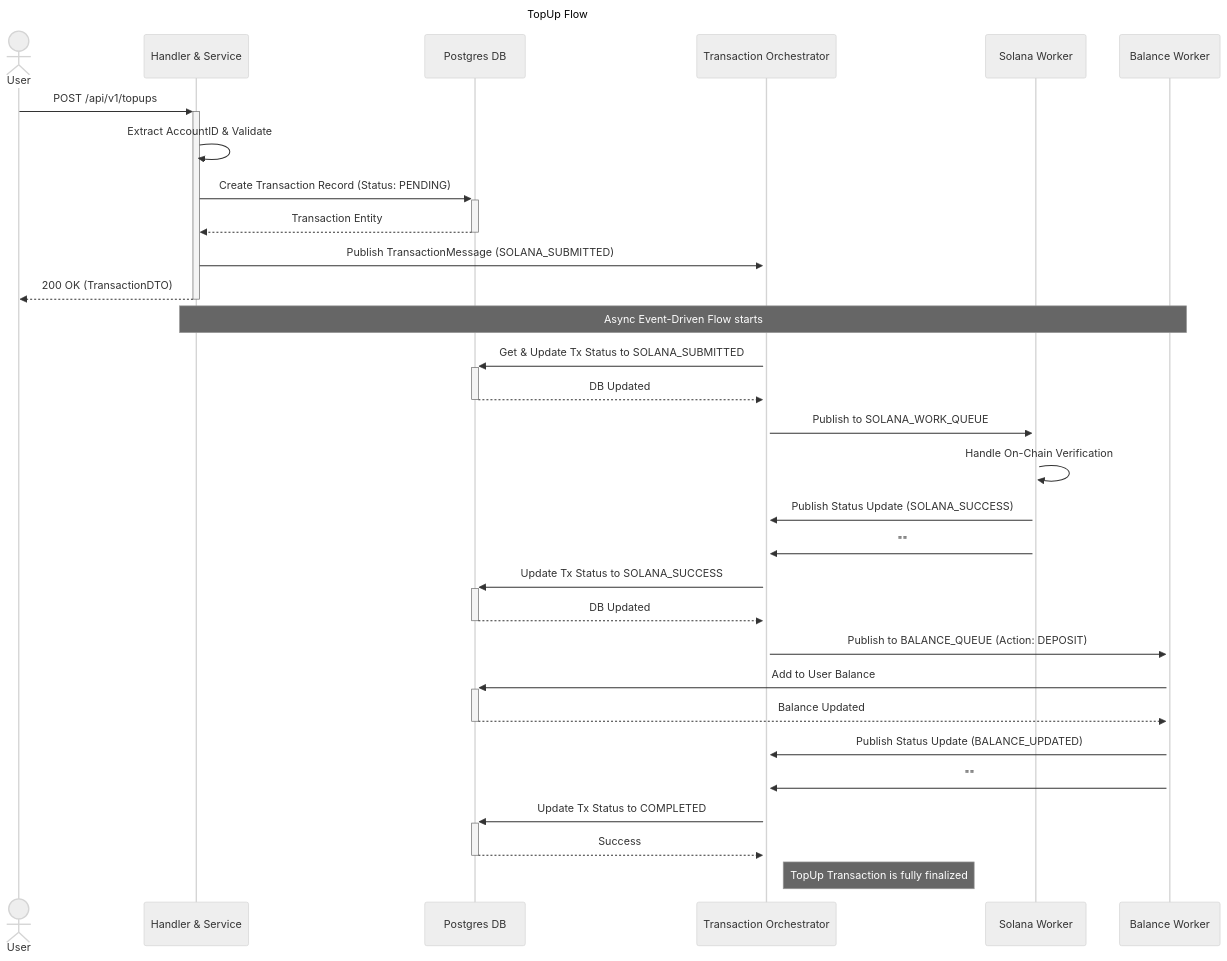
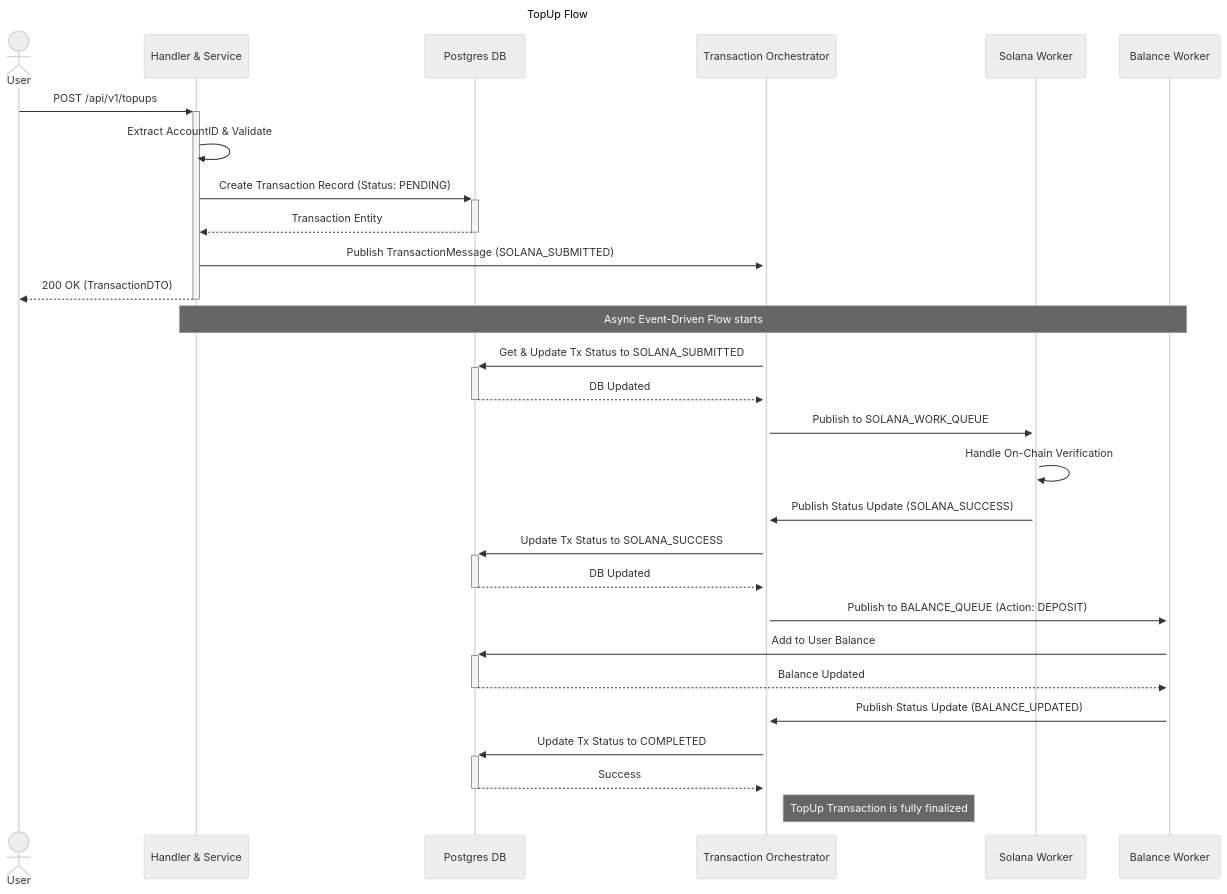
One commit to Narutchai01/solpay-core-service changed the first of 2 diagrams in README.md. Above: the diagram before and after it, drawn with Mermaid (neutral theme). The commit also changed other lines of this file and 1 other file, not shown here.

````diff
--- a/README.md
+++ b/README.md
@@ -14,38 +14,36 @@
 ```mermaid
 sequenceDiagram
     title TopUp Flow
     actor User
     participant API as Handler & Service
     participant DB as Postgres DB
     participant Orch as Transaction Orchestrator
     participant Solana as Solana Worker
     participant Balance as Balance Worker
 
     User->>+API: POST /api/v1/topups
     API->>API: Extract AccountID & Validate
     API->>+DB: Create Transaction Record (Status: PENDING)
     DB-->>-API: Transaction Entity
     API->>+Orch: Publish TransactionMessage (SOLANA_SUBMITTED)
     API-->>-User: 200 OK (TransactionDTO)
 
     Note over API, Balance: Async Event-Driven Flow starts
 
     Orch->>+DB: Get & Update Tx Status to SOLANA_SUBMITTED
     DB-->>-Orch: DB Updated
     Orch->>+Solana: Publish to SOLANA_WORK_QUEUE
     Solana->>Solana: Handle On-Chain Verification
     Solana->>Orch: Publish Status Update (SOLANA_SUCCESS)
-    Solana->>Orch: ""
 
     Orch->>+DB: Update Tx Status to SOLANA_SUCCESS
     DB-->>-Orch: DB Updated
     Orch->>+Balance: Publish to BALANCE_QUEUE (Action: DEPOSIT)
     Balance->>+DB: Add to User Balance
     DB-->>-Balance: Balance Updated
     Balance->>Orch: Publish Status Update (BALANCE_UPDATED)
-    Balance->>Orch: ""
 
     Orch->>+DB: Update Tx Status to COMPLETED
     DB-->>-Orch: Success
     Note right of Orch: TopUp Transaction is fully finalized
 ```
````
